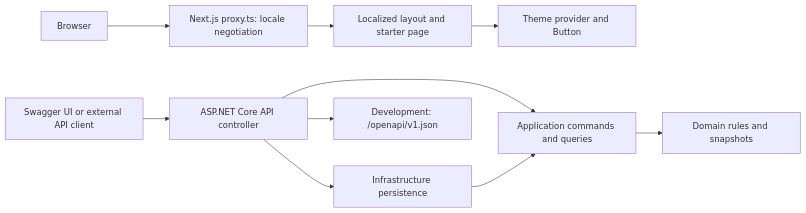
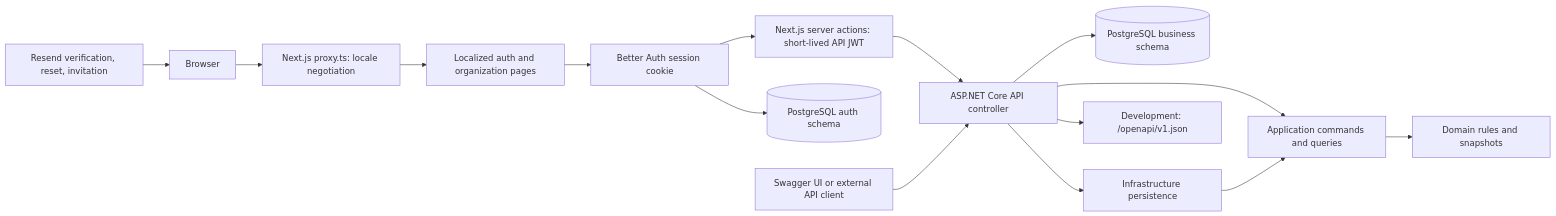
The diagram in docs/architecture/WHITEPLATE_SYSTEM_ARCHITECTURE.md (whritou/WhitePlate), drawn with Mermaid before and after one commit. The commit also changed other lines of this file and 70 other files, not shown here.

Commit message:
feat(auth): add Better Auth onboarding and staff invitations

````diff
--- a/docs/architecture/WHITEPLATE_SYSTEM_ARCHITECTURE.md
+++ b/docs/architecture/WHITEPLATE_SYSTEM_ARCHITECTURE.md
@@ -7,12 +7,17 @@
 ```mermaid
 flowchart LR
     Browser[Browser] --> Proxy["Next.js proxy.ts: locale negotiation"]
-    Proxy --> Page["Localized layout and starter page"]
-    Page --> Theme["Theme provider and Button"]
+    Proxy --> Page["Localized auth and organization pages"]
+    Page --> Auth["Better Auth session cookie"]
+    Auth --> BFF["Next.js server actions: short-lived API JWT"]
+    BFF --> Api["ASP.NET Core API"]
+    Api --> Database[(PostgreSQL business schema)]
+    Auth --> AuthDb[(PostgreSQL auth schema)]
+    Email["Resend verification, reset, invitation"] --> Browser
     Swagger["Swagger UI or external API client"] --> Api["ASP.NET Core API controller"]
     Api --> Application["Application commands and queries"]
     Application --> Domain["Domain rules and snapshots"]
     Api --> Infrastructure["Infrastructure persistence"]
     Infrastructure --> Application
     Api --> Spec["Development: /openapi/v1.json"]
 ```
````
